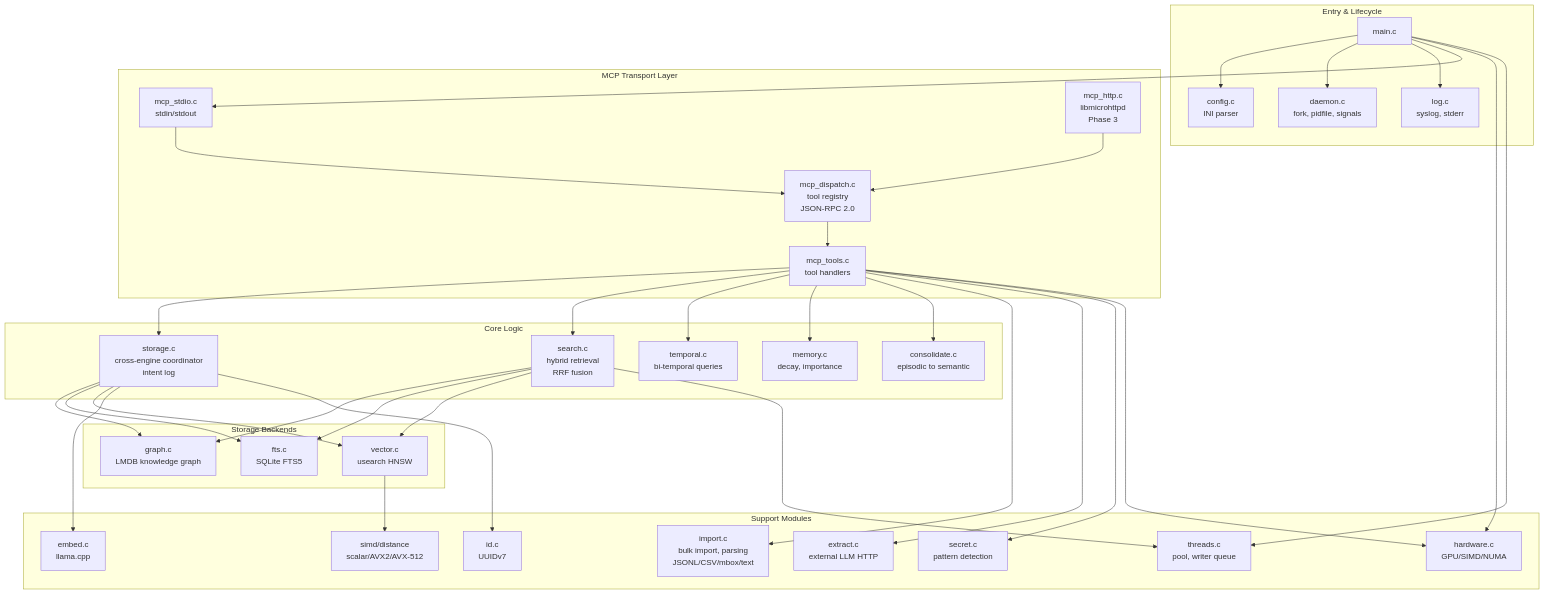
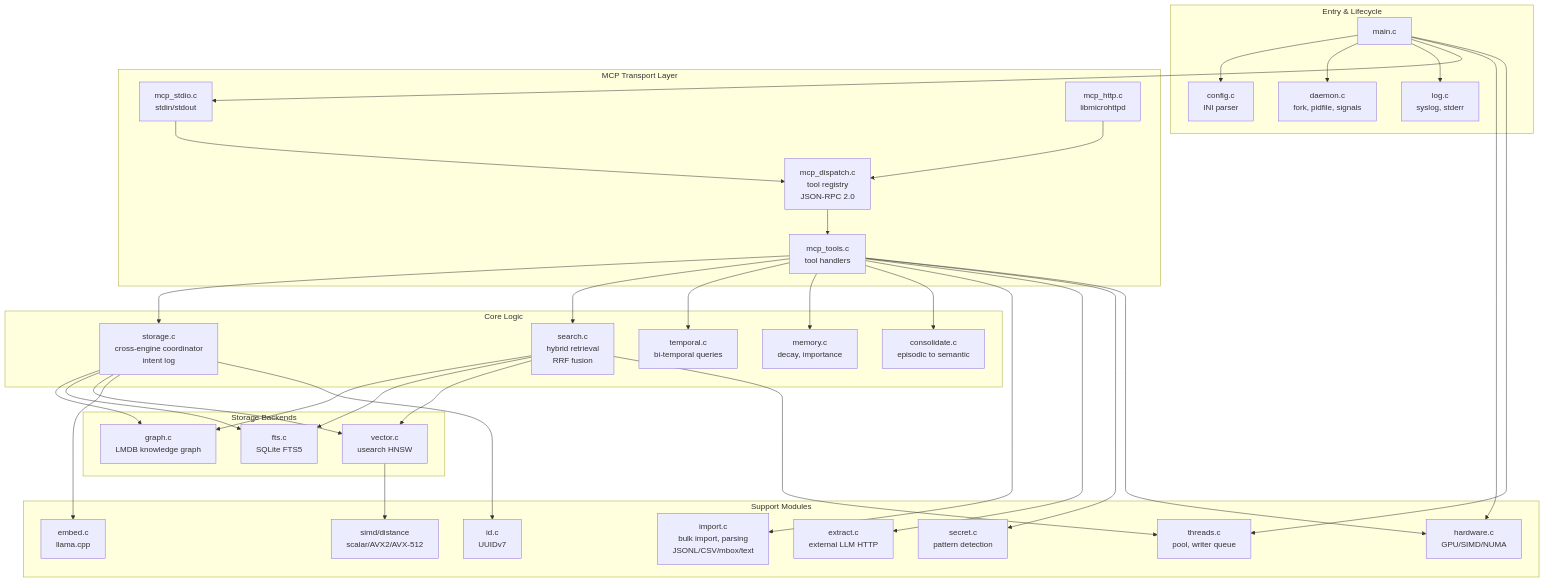
The third of 9 diagrams in doc/ARCHITECTURE.md (rondilley/MnemonAI), drawn with Mermaid before and after one commit. The commit also changed other lines of this file and 1 other file, not shown here.

````diff
--- a/doc/ARCHITECTURE.md
+++ b/doc/ARCHITECTURE.md
@@ -288,75 +285,75 @@
 ```mermaid
 graph TB
     subgraph "Entry & Lifecycle"
         MAIN[main.c]
         CONFIG[config.c<br/>INI parser]
         DAEMON[daemon.c<br/>fork, pidfile, signals]
         LOG[log.c<br/>syslog, stderr]
     end
 
     subgraph "MCP Transport Layer"
         STDIO[mcp_stdio.c<br/>stdin/stdout]
-        HTTP[mcp_http.c<br/>libmicrohttpd<br/>Phase 3]
+        HTTP[mcp_http.c<br/>libmicrohttpd<br/>]
         DISPATCH[mcp_dispatch.c<br/>tool registry<br/>JSON-RPC 2.0]
         TOOLS[mcp_tools.c<br/>tool handlers]
     end
 
     subgraph "Core Logic"
         STORAGE[storage.c<br/>cross-engine coordinator<br/>intent log]
         SEARCH[search.c<br/>hybrid retrieval<br/>RRF fusion]
         TEMPORAL[temporal.c<br/>bi-temporal queries]
         MEMORY[memory.c<br/>decay, importance]
         CONSOLIDATE[consolidate.c<br/>episodic to semantic]
     end
 
     subgraph "Storage Backends"
         GRAPH[graph.c<br/>LMDB knowledge graph]
         FTS[fts.c<br/>SQLite FTS5]
         VECTOR[vector.c<br/>usearch HNSW]
     end
 
     subgraph "Support Modules"
         IMPORT[import.c<br/>bulk import, parsing<br/>JSONL/CSV/mbox/text]
         EMBED[embed.c<br/>llama.cpp]
         EXTRACT[extract.c<br/>external LLM HTTP]
         SECRET[secret.c<br/>pattern detection]
         HW[hardware.c<br/>GPU/SIMD/NUMA]
         THREADS[threads.c<br/>pool, writer queue]
         ID[id.c<br/>UUIDv7]
         SIMD[simd/distance<br/>scalar/AVX2/AVX-512]
     end
 
     MAIN --> CONFIG
     MAIN --> DAEMON
     MAIN --> LOG
     MAIN --> STDIO
     MAIN --> HW
     MAIN --> THREADS
 
     STDIO --> DISPATCH
     HTTP --> DISPATCH
     DISPATCH --> TOOLS
 
     TOOLS --> STORAGE
     TOOLS --> SEARCH
     TOOLS --> TEMPORAL
     TOOLS --> MEMORY
     TOOLS --> CONSOLIDATE
     TOOLS --> IMPORT
     TOOLS --> EXTRACT
     TOOLS --> SECRET
     TOOLS --> HW
 
     STORAGE --> GRAPH
     STORAGE --> FTS
     STORAGE --> VECTOR
     STORAGE --> EMBED
     STORAGE --> ID
 
     SEARCH --> GRAPH
     SEARCH --> FTS
     SEARCH --> VECTOR
     SEARCH --> THREADS
 
     VECTOR --> SIMD
 ```
````
